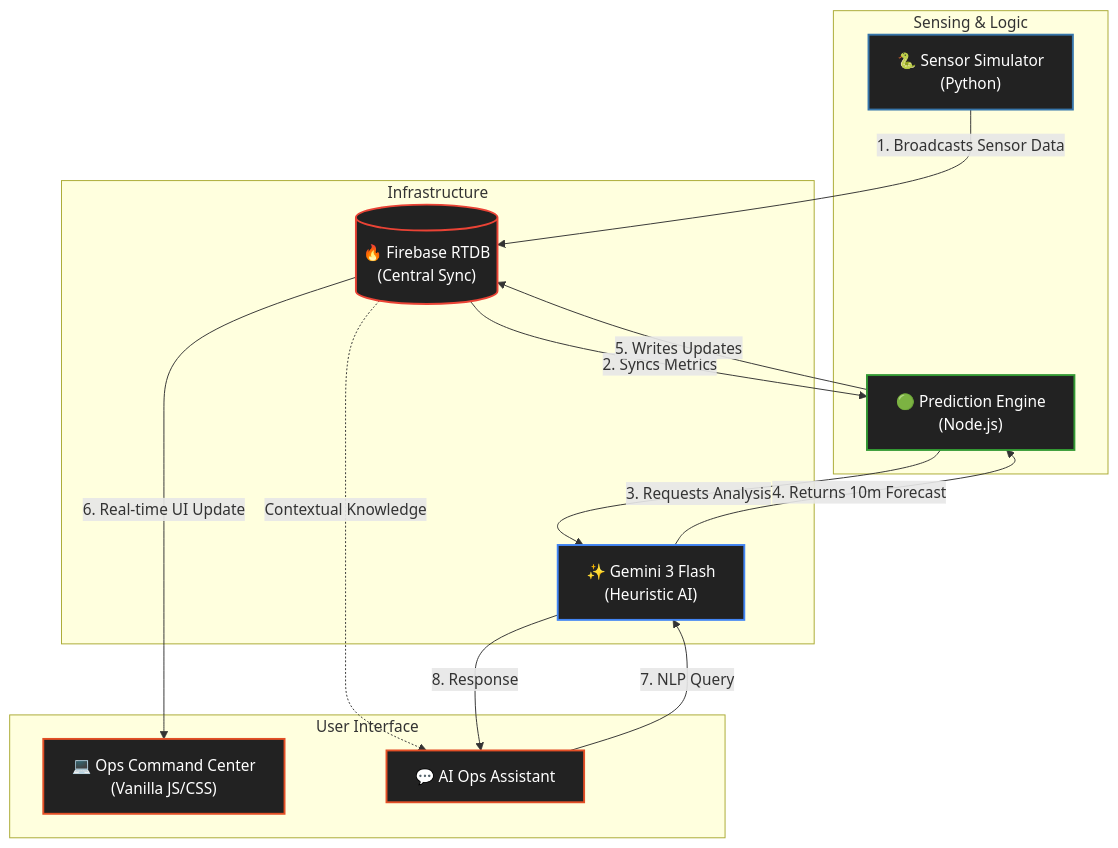
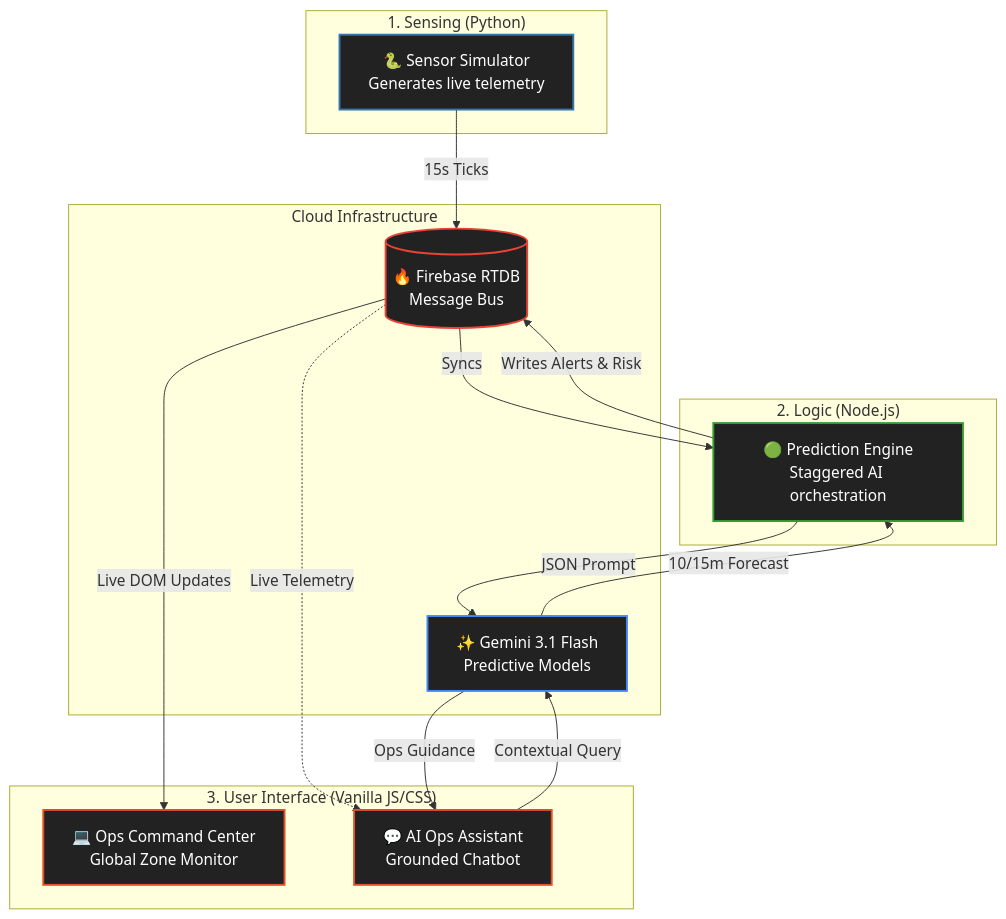
The diagram in README.md (Srijan78/NexGate), drawn with Mermaid before and after one commit. The commit also changed other lines of this file, not shown here.

Commit message:
docs: overhaul README with full hackathon architecture context and logic flows

````diff
--- a/README.md
+++ b/README.md
@@ -28,36 +47,39 @@
 ```mermaid
 graph TD
     classDef python fill:#222,stroke:#3776ab,stroke-width:2px,color:#fff
     classDef node fill:#222,stroke:#339933,stroke-width:2px,color:#fff
     classDef frontend fill:#222,stroke:#e34f26,stroke-width:2px,color:#fff
     classDef google fill:#222,stroke:#4285F4,stroke-width:2px,color:#fff
     classDef data fill:#222,stroke:#EA4335,stroke-width:2px,color:#fff
 
-    subgraph "Sensing & Logic"
-        Sim["🐍 Sensor Simulator<br>(Python)"]:::python
-        Engine["🟢 Prediction Engine<br>(Node.js)"]:::node
+    subgraph "1. Sensing (Python)"
+        Sim["🐍 Sensor Simulator<br/>Generates live telemetry"]:::python
     end
     
-    subgraph "User Interface"
-        Dash["💻 Ops Command Center<br>(Vanilla JS/CSS)"]:::frontend
-        Chat["💬 AI Ops Assistant"]:::frontend
+    subgraph "2. Logic (Node.js)"
+        Engine["🟢 Prediction Engine<br/>Staggered AI orchestration"]:::node
+    end
+    
+    subgraph "3. User Interface (Vanilla JS/CSS)"
+        Dash["💻 Ops Command Center<br/>Global Zone Monitor"]:::frontend
+        Chat["💬 AI Ops Assistant<br/>Grounded Chatbot"]:::frontend
     end
 
-    subgraph "Infrastructure"
-        DB[("🔥 Firebase RTDB<br>(Central Sync)")]:::data
-        Gemini["✨ Gemini 3 Flash<br>(Heuristic AI)"]:::google
+    subgraph "Cloud Infrastructure"
+        DB[("🔥 Firebase RTDB<br/>Message Bus")]:::data
+        Gemini["✨ Gemini 3.1 Flash<br/>Predictive Models"]:::google
     end
 
-    Sim -- "1. Broadcasts Sensor Data" --> DB
+    Sim -- "15s Ticks" --> DB
     
-    DB -- "2. Syncs Metrics" --> Engine
-    Engine -- "3. Requests Analysis" --> Gemini
-    Gemini -- "4. Returns 10m Forecast" --> Engine
-    Engine -- "5. Writes Updates" --> DB
+    DB -- "Syncs" --> Engine
+    Engine -- "JSON Prompt" --> Gemini
+    Gemini -- "10/15m Forecast" --> Engine
+    Engine -- "Writes Alerts & Risk" --> DB
     
-    DB -- "6. Real-time UI Update" --> Dash
-    DB -. "Contextual Knowledge" .-> Chat
+    DB -- "Live DOM Updates" --> Dash
+    DB -. "Live Telemetry" .-> Chat
     
-    Chat -- "7. NLP Query" --> Gemini
-    Gemini -- "8. Response" --> Chat
+    Chat -- "Contextual Query" --> Gemini
+    Gemini -- "Ops Guidance" --> Chat
 ```
````
